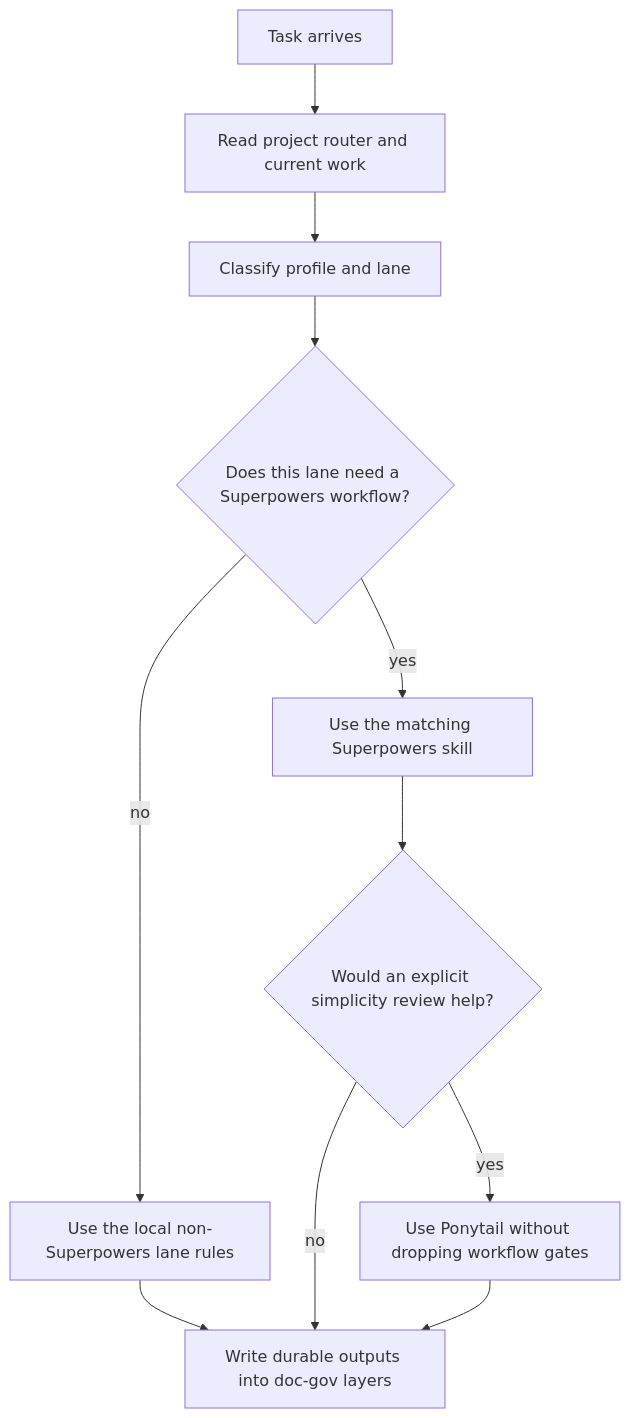
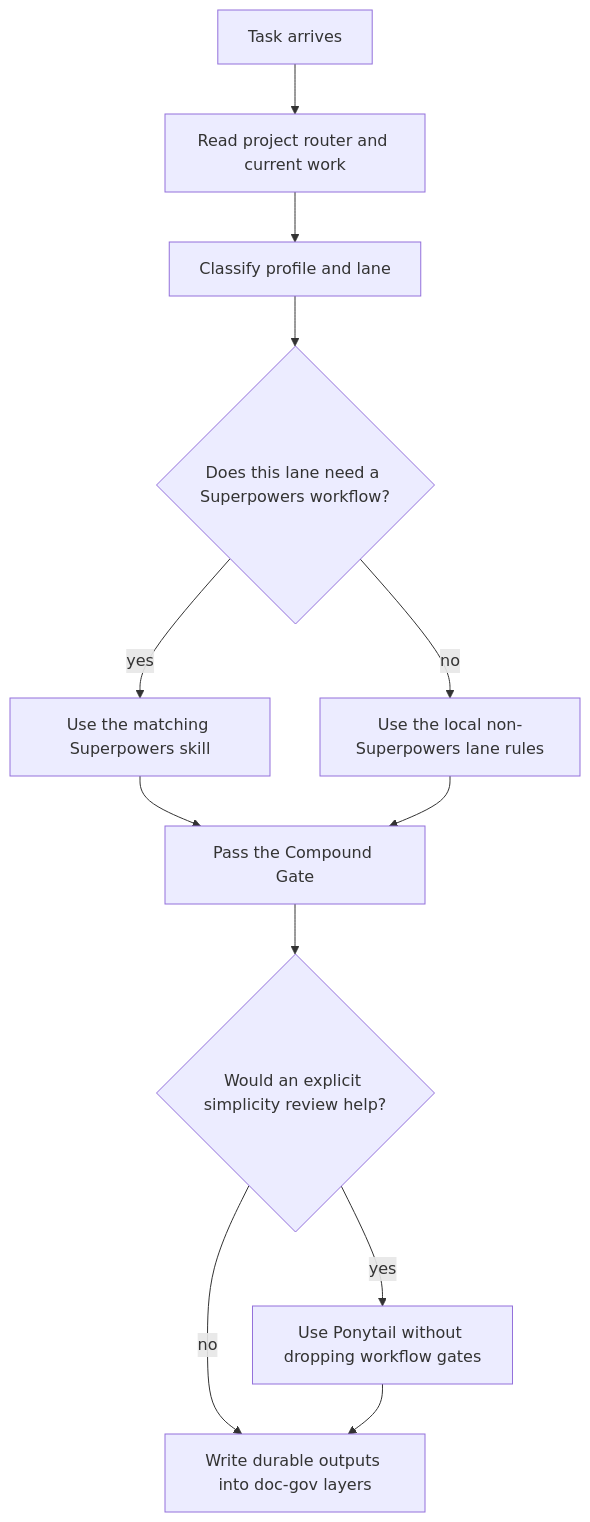
The diagram in integrations/superpowers.md (PieAIStudio/ProjectGovernanceSystem), drawn with Mermaid before and after one commit. The commit also changed other lines of this file and 19 other files, not shown here.

````diff
--- a/integrations/superpowers.md
+++ b/integrations/superpowers.md
@@ -59,13 +68,14 @@
 ```mermaid
 flowchart TD
   A["Task arrives"] --> B["Read project router and current work"]
   B --> C["Classify profile and lane"]
   C --> D{"Does this lane need a Superpowers workflow?"}
   D -- "yes" --> E["Use the matching Superpowers skill"]
   D -- "no" --> F["Use the local non-Superpowers lane rules"]
-  E --> G{"Would an explicit simplicity review help?"}
-  F --> H["Write durable outputs into doc-gov layers"]
-  G -- "yes" --> I["Use Ponytail without dropping workflow gates"]
-  G -- "no" --> H
-  I --> H
+  E --> G["Pass the Compound Gate"]
+  F --> G
+  G --> H{"Would an explicit simplicity review help?"}
+  H -- "yes" --> I["Use Ponytail without dropping workflow gates"]
+  H -- "no" --> J["Write durable outputs into doc-gov layers"]
+  I --> J
 ```
````
